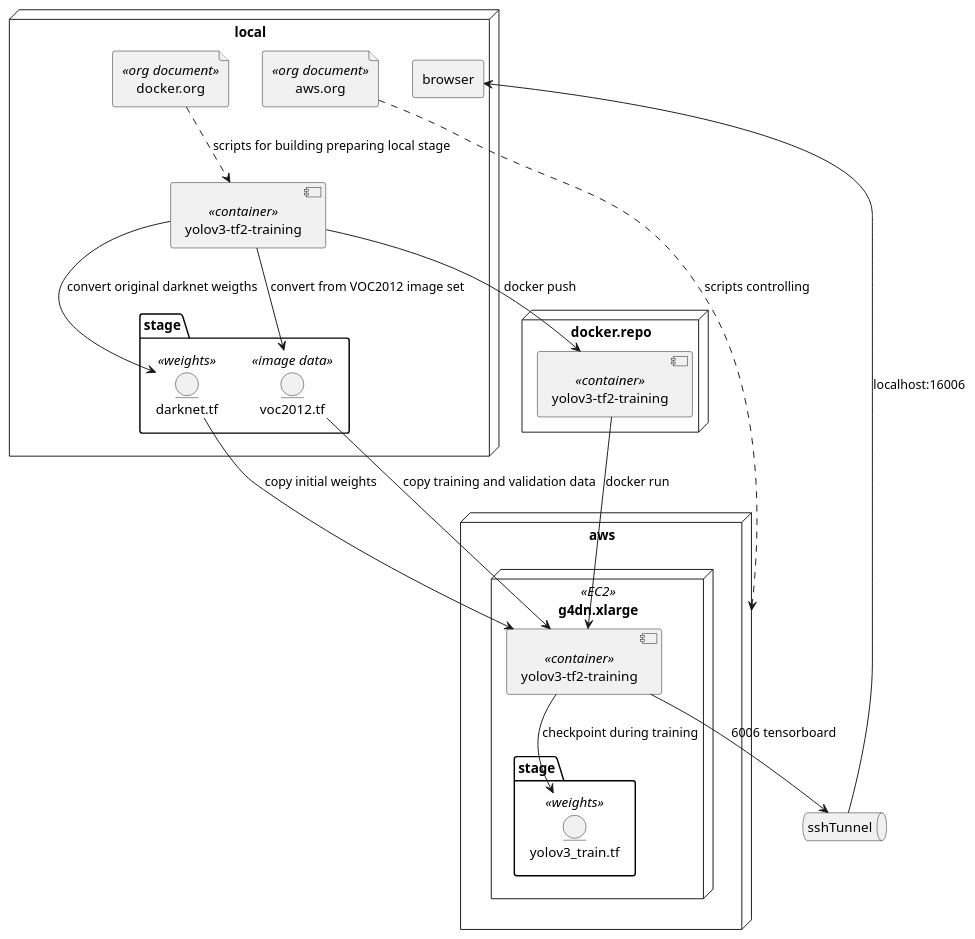
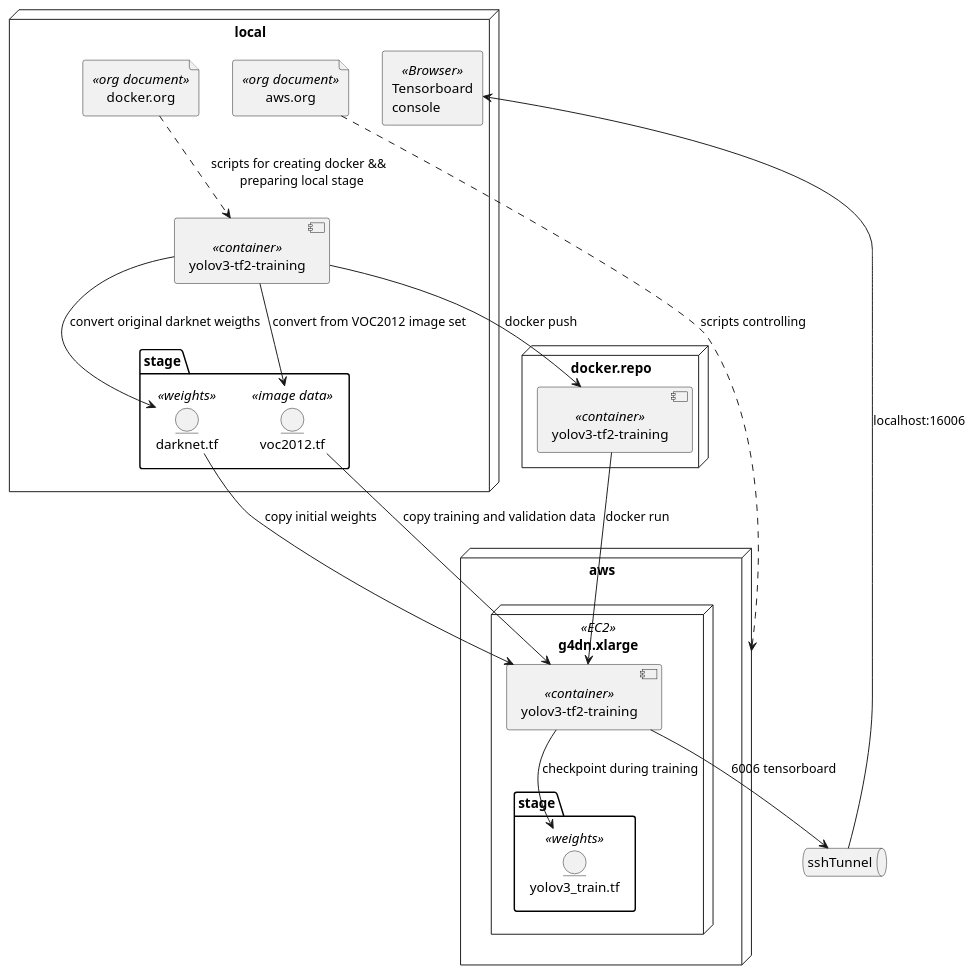
The diagram in README.org (jarjuk/yolov3-tf2-training), drawn with PlantUML before and after one commit. The commit also changed 1 other file, not shown here.

Commit message:
diagram fixes

```diff
--- a/README.org
+++ b/README.org
@@ -20,58 +20,58 @@
   #+BEGIN_SRC plantuml :eval no-export :exports results :file pics/process.jpg
 
     node local {
 
        file docker.org <<org document>>
        file aws.org <<org document>>
 
       
 
        folder stage {
            entity darknet.tf <<weights>>
            entity voc2012.tf <<image data>>
        }
 
        component "yolov3-tf2-training" as dockerLocal <<container>>
 
        dockerLocal --> voc2012.tf : convert from VOC2012 image set
        dockerLocal --> darknet.tf : convert original darknet weigths
  
-       agent browser
+       agent "Tensorboard\nconsole" as browser <<Browser>>
 
     }
 
     queue sshTunnel
 
 
     node docker.repo {
        component "yolov3-tf2-training" as dockerRepo  <<container>>
     }
 
     node aws {
 
        node g4dn.xlarge <<EC2>> {
           component "yolov3-tf2-training" as dockerAws  <<container>>
 
           folder "stage" as stageAws   {
               entity yolov3_train.tf <<weights>>
           }
        }
     }
 
 
-    docker.org ..> dockerLocal : scripts for building preparing local stage
+    docker.org ..> dockerLocal : scripts for creating docker && \n preparing local stage
     aws.org ..> aws : scripts controlling 
 
     darknet.tf --> dockerAws : copy initial weights
     voc2012.tf --> dockerAws : copy training and validation data
     dockerAws --> yolov3_train.tf : checkpoint during training
     dockerLocal --> dockerRepo : docker push
 
     dockerRepo -->  dockerAws : docker run
 
     browser <-- sshTunnel : localhost:16006
 
    dockerAws --> sshTunnel  : 6006 tensorboard
 
 
   #+END_SRC
```
